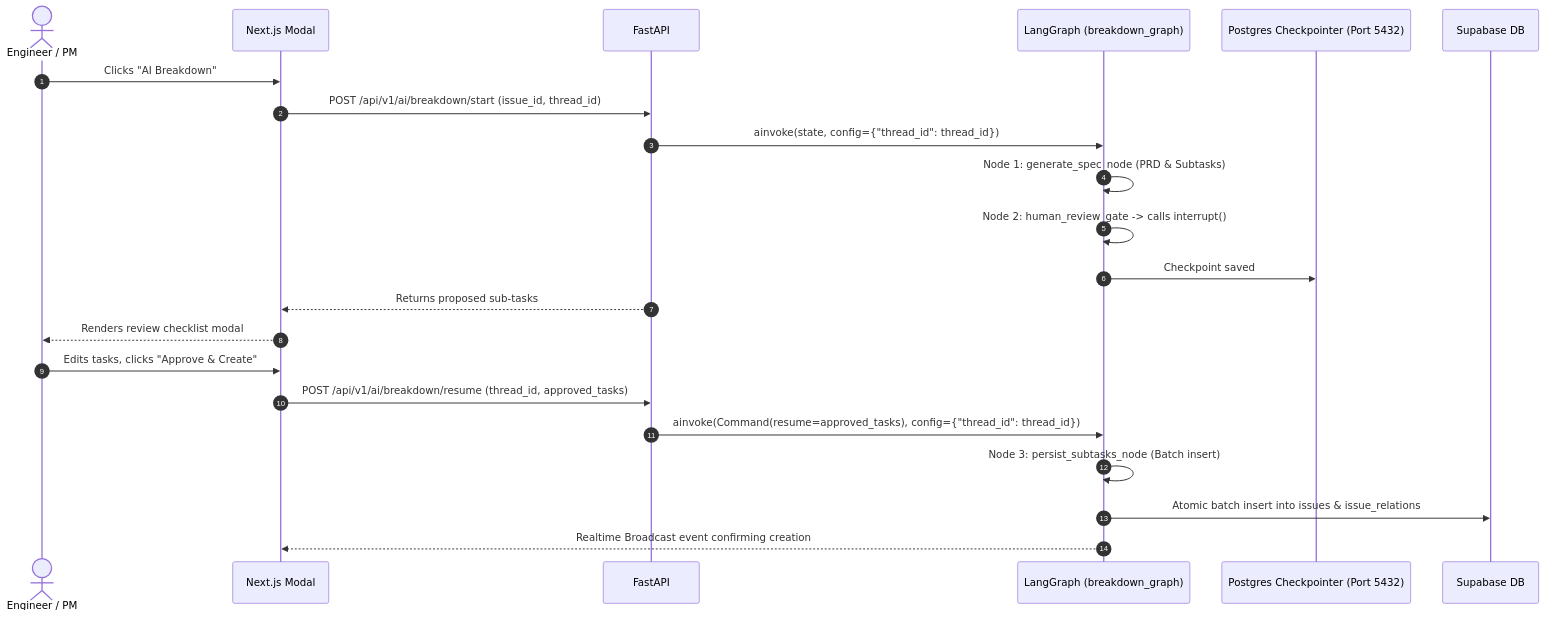
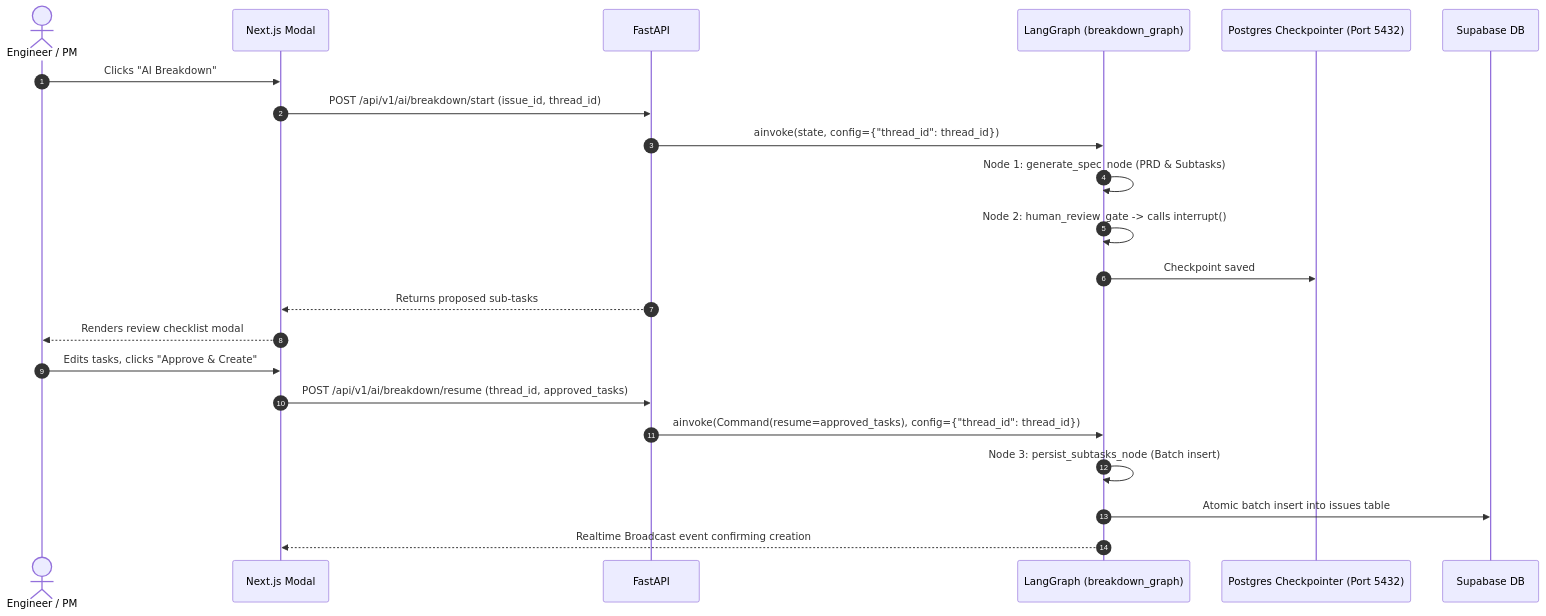
One commit to Mayur-06/Project-management-system changed the second of 2 diagrams in plan/linear_ai_agents_implementation_plan.md. Above: the diagram before and after it, drawn with Mermaid. The commit also changed 14 other files, not shown here.

````diff
--- a/plan/linear_ai_agents_implementation_plan.md
+++ b/plan/linear_ai_agents_implementation_plan.md
@@ -124,25 +124,25 @@
 ```mermaid
 sequenceDiagram
     autonumber
     actor User as Engineer / PM
     participant FE as Next.js Modal
     participant API as FastAPI
     participant LG as LangGraph (breakdown_graph)
     participant CP as Postgres Checkpointer (Port 5432)
     participant DB as Supabase DB
 
     User->>FE: Clicks "AI Breakdown"
     FE->>API: POST /api/v1/ai/breakdown/start (issue_id, thread_id)
     API->>LG: ainvoke(state, config={"thread_id": thread_id})
     LG->>LG: Node 1: generate_spec_node (PRD & Subtasks)
     LG->>LG: Node 2: human_review_gate -> calls interrupt()
     LG->>CP: Checkpoint saved
     API-->>FE: Returns proposed sub-tasks
     FE-->>User: Renders review checklist modal
     User->>FE: Edits tasks, clicks "Approve & Create"
     FE->>API: POST /api/v1/ai/breakdown/resume (thread_id, approved_tasks)
     API->>LG: ainvoke(Command(resume=approved_tasks), config={"thread_id": thread_id})
     LG->>LG: Node 3: persist_subtasks_node (Batch insert)
-    LG->>DB: Atomic batch insert into issues & issue_relations
+    LG->>DB: Atomic batch insert into issues table
     LG-->>FE: Realtime Broadcast event confirming creation
 ```
````
